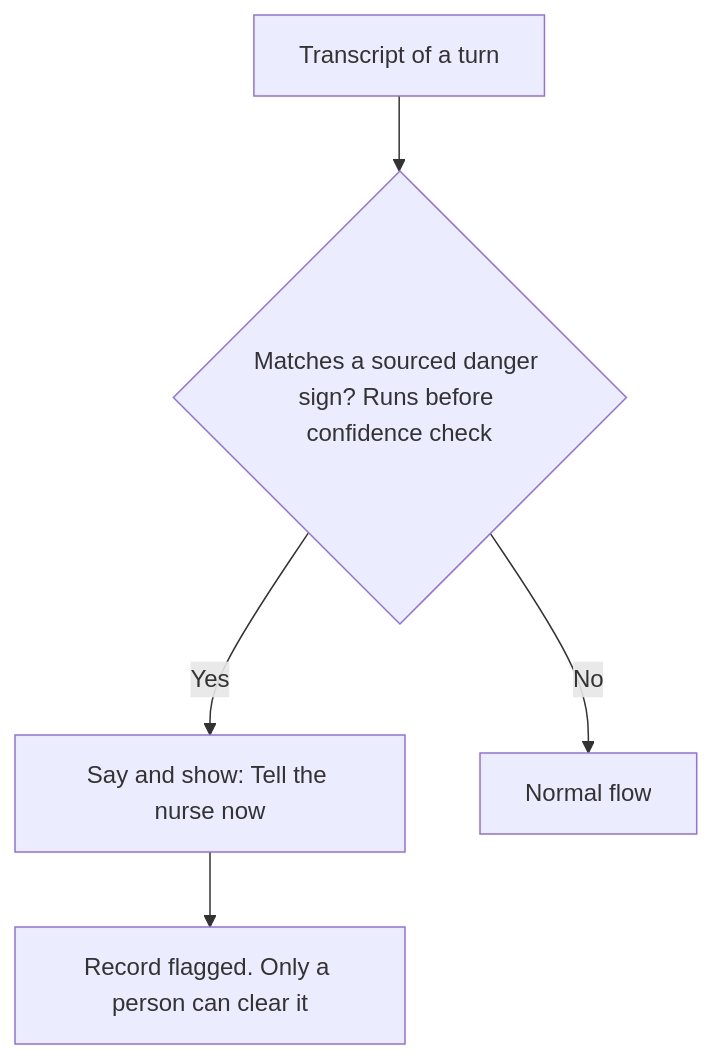
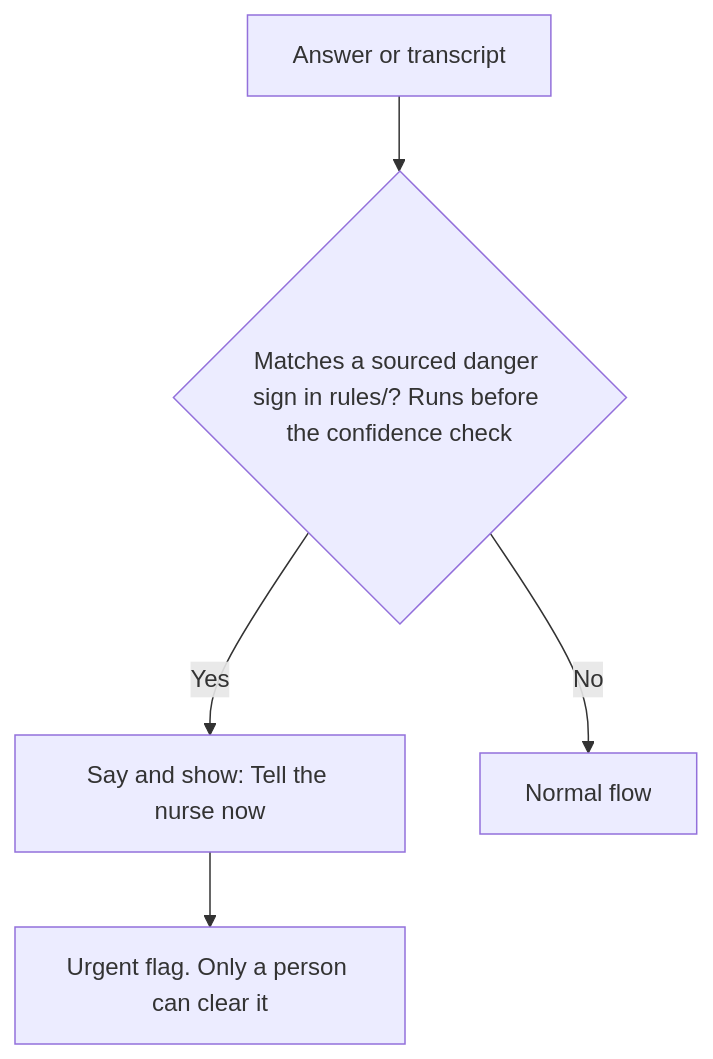
One commit to Asia-ThePerson/Hacknation2026_TuWulira changed the seventh of 8 diagrams in docs/product/user-flows.md. Above: the diagram before and after it, drawn with Mermaid. The commit also changed other lines of this file and 36 other files, not shown here.

````diff
--- a/docs/product/user-flows.md
+++ b/docs/product/user-flows.md
@@ -64,7 +116,7 @@
 ```mermaid
 flowchart TD
-  A[Transcript of a turn] --> B{Matches a sourced danger sign? Runs before confidence check}
+  A[Answer or transcript] --> B{Matches a sourced danger sign in rules/? Runs before the confidence check}
   B -->|Yes| C[Say and show: Tell the nurse now]
-  C --> D[Record flagged. Only a person can clear it]
+  C --> D[Urgent flag. Only a person can clear it]
   B -->|No| E[Normal flow]
 ```
````
